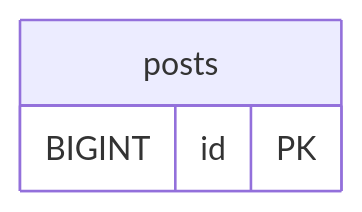
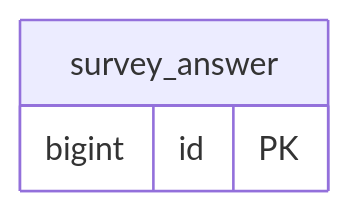
Before and after one commit to jihun-moon/bootcamp-2nd-project: the diagram in docs/parts/_틀.md, drawn with Mermaid. The commit also changed other lines of this file and 116 other files, not shown here.

````diff
--- a/docs/parts/_틀.md
+++ b/docs/parts/_틀.md
@@ -39,6 +39,6 @@
 ```mermaid
 erDiagram
-    posts {
-        BIGINT id PK
+    survey_answer {
+        bigint id PK
     }
 ```
````
